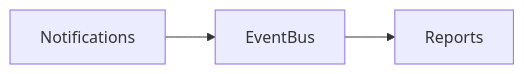
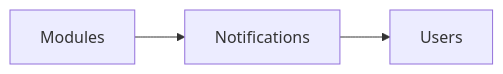
Before and after one commit to sameheg/cafeos: the diagram in ModulesDoc/NOTIFICATIONS.md, drawn with Mermaid. The commit also changed other lines of this file and 21 other files, not shown here.

````diff
--- a/ModulesDoc/NOTIFICATIONS.md
+++ b/ModulesDoc/NOTIFICATIONS.md
@@ -16,5 +15,5 @@
 ```mermaid
 flowchart LR
-  A[Notifications] --> B[EventBus]
-  B --> C[Reports]
+  Modules --> Notifications
+  Notifications --> Users
 ```
````
